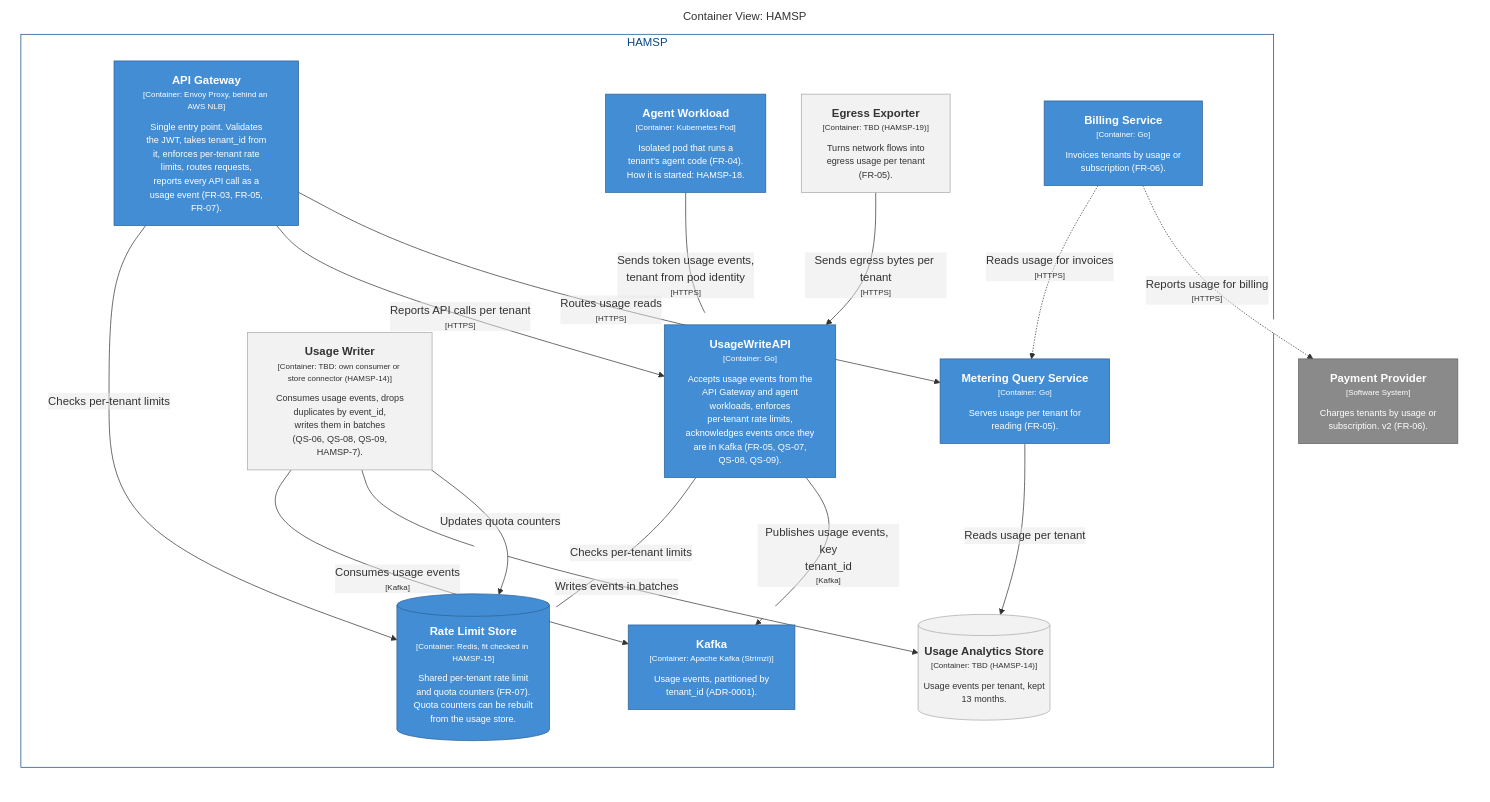
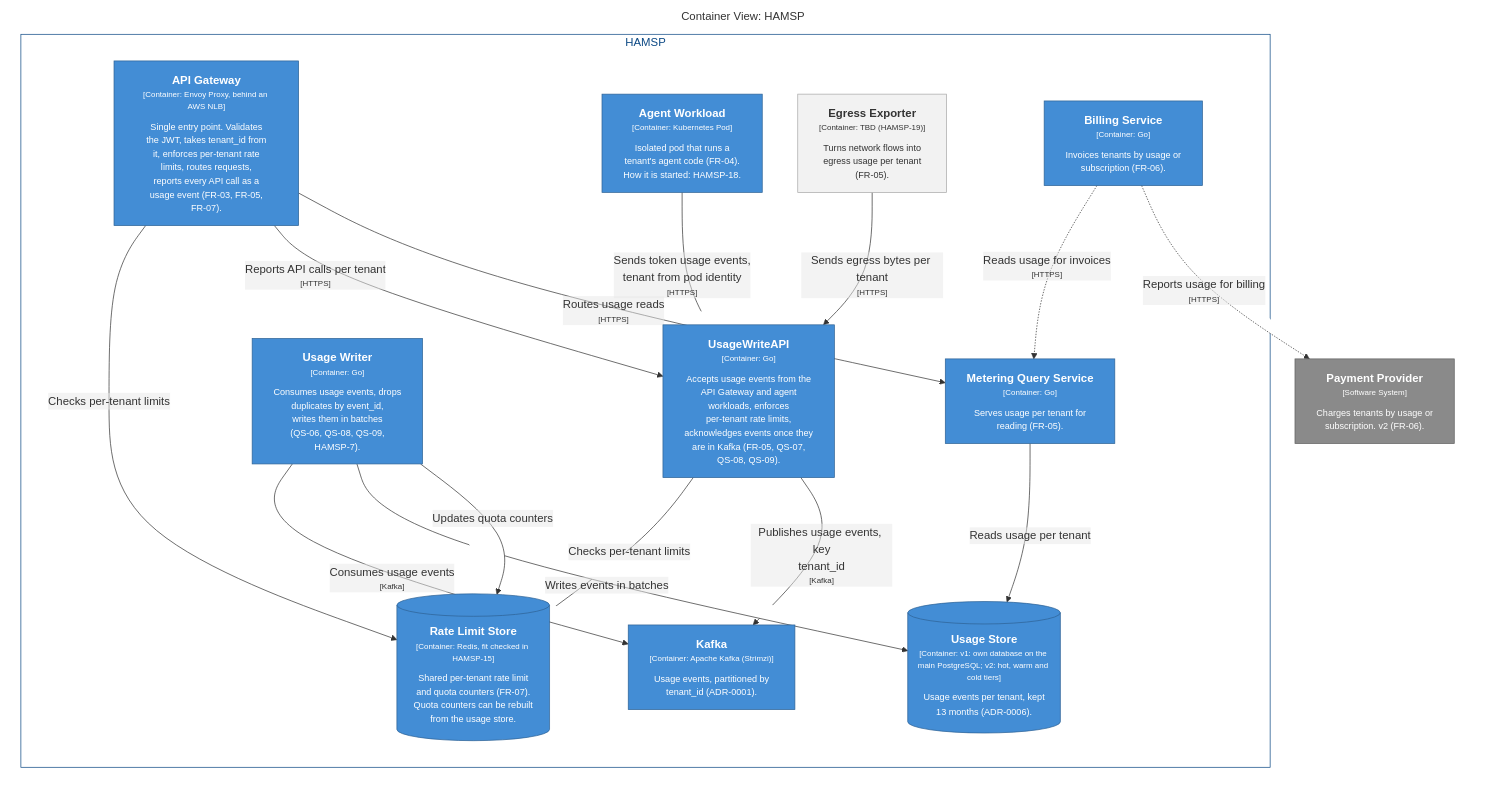
Before and after one commit to maksimillian1/ha-multitenant-saas-platform: the diagram in docs/architecture/c4/structurizr-UsagePipeline.mmd, drawn with Mermaid. The commit also changed 8 other files, not shown here.

First line of the commit message:
HAMSP-14: ADR-0006, usage store in the main PostgreSQL behind an interface

```diff
--- a/docs/architecture/c4/structurizr-UsagePipeline.mmd
+++ b/docs/architecture/c4/structurizr-UsagePipeline.mmd
@@ -1,49 +1,49 @@
 graph LR
   linkStyle default fill:#ffffff
 
   subgraph diagram ["Container View: HAMSP"]
     style diagram fill:#ffffff,stroke:#ffffff
 
     24["<div style='font-weight: bold'>Payment Provider</div><div style='font-size: 70%; margin-top: 0px'>[Software System]</div><div style='font-size: 80%; margin-top:10px'>Charges tenants by usage or<br />subscription. v2 (FR-06).</div>"]
     style 24 fill:#8a8a8a,stroke:#606060,color:#ffffff
 
     subgraph 4 ["HAMSP"]
       style 4 fill:#ffffff,stroke:#0b4884,color:#0b4884
 
       11["<div style='font-weight: bold'>Agent Workload</div><div style='font-size: 70%; margin-top: 0px'>[Container: Kubernetes Pod]</div><div style='font-size: 80%; margin-top:10px'>Isolated pod that runs a<br />tenant's agent code (FR-04).<br />How it is started: HAMSP-18.</div>"]
       style 11 fill:#438dd5,stroke:#2e6295,color:#ffffff
       12["<div style='font-weight: bold'>UsageWriteAPI</div><div style='font-size: 70%; margin-top: 0px'>[Container: Go]</div><div style='font-size: 80%; margin-top:10px'>Accepts usage events from the<br />API Gateway and agent<br />workloads, enforces<br />per-tenant rate limits,<br />acknowledges events once they<br />are in Kafka (FR-05, QS-07,<br />QS-08, QS-09).</div>"]
       style 12 fill:#438dd5,stroke:#2e6295,color:#ffffff
       13["<div style='font-weight: bold'>Egress Exporter</div><div style='font-size: 70%; margin-top: 0px'>[Container: TBD (HAMSP-19)]</div><div style='font-size: 80%; margin-top:10px'>Turns network flows into<br />egress usage per tenant<br />(FR-05).</div>"]
       style 13 fill:#f2f2f2,stroke:#a9a9a9,color:#333333
-      14["<div style='font-weight: bold'>Usage Writer</div><div style='font-size: 70%; margin-top: 0px'>[Container: TBD: own consumer or store connector (HAMSP-14)]</div><div style='font-size: 80%; margin-top:10px'>Consumes usage events, drops<br />duplicates by event_id,<br />writes them in batches<br />(QS-06, QS-08, QS-09,<br />HAMSP-7).</div>"]
-      style 14 fill:#f2f2f2,stroke:#a9a9a9,color:#333333
+      14["<div style='font-weight: bold'>Usage Writer</div><div style='font-size: 70%; margin-top: 0px'>[Container: Go]</div><div style='font-size: 80%; margin-top:10px'>Consumes usage events, drops<br />duplicates by event_id,<br />writes them in batches<br />(QS-06, QS-08, QS-09,<br />HAMSP-7).</div>"]
+      style 14 fill:#438dd5,stroke:#2e6295,color:#ffffff
       15["<div style='font-weight: bold'>Metering Query Service</div><div style='font-size: 70%; margin-top: 0px'>[Container: Go]</div><div style='font-size: 80%; margin-top:10px'>Serves usage per tenant for<br />reading (FR-05).</div>"]
       style 15 fill:#438dd5,stroke:#2e6295,color:#ffffff
       16["<div style='font-weight: bold'>Billing Service</div><div style='font-size: 70%; margin-top: 0px'>[Container: Go]</div><div style='font-size: 80%; margin-top:10px'>Invoices tenants by usage or<br />subscription (FR-06).</div>"]
       style 16 fill:#438dd5,stroke:#2e6295,color:#ffffff
       18["<div style='font-weight: bold'>Kafka</div><div style='font-size: 70%; margin-top: 0px'>[Container: Apache Kafka (Strimzi)]</div><div style='font-size: 80%; margin-top:10px'>Usage events, partitioned by<br />tenant_id (ADR-0001).</div>"]
       style 18 fill:#438dd5,stroke:#2e6295,color:#ffffff
-      19[("<div style='font-weight: bold'>Usage Analytics Store</div><div style='font-size: 70%; margin-top: 0px'>[Container: TBD (HAMSP-14)]</div><div style='font-size: 80%; margin-top:10px'>Usage events per tenant, kept<br />13 months.</div>")]
-      style 19 fill:#f2f2f2,stroke:#a9a9a9,color:#333333
+      19[("<div style='font-weight: bold'>Usage Store</div><div style='font-size: 70%; margin-top: 0px'>[Container: v1: own database on the main PostgreSQL; v2: hot, warm and cold tiers]</div><div style='font-size: 80%; margin-top:10px'>Usage events per tenant, kept<br />13 months (ADR-0006).</div>")]
+      style 19 fill:#438dd5,stroke:#2e6295,color:#ffffff
       20[("<div style='font-weight: bold'>Rate Limit Store</div><div style='font-size: 70%; margin-top: 0px'>[Container: Redis, fit checked in HAMSP-15]</div><div style='font-size: 80%; margin-top:10px'>Shared per-tenant rate limit<br />and quota counters (FR-07).<br />Quota counters can be rebuilt<br />from the usage store.</div>")]
       style 20 fill:#438dd5,stroke:#2e6295,color:#ffffff
       7["<div style='font-weight: bold'>API Gateway</div><div style='font-size: 70%; margin-top: 0px'>[Container: Envoy Proxy, behind an AWS NLB]</div><div style='font-size: 80%; margin-top:10px'>Single entry point. Validates<br />the JWT, takes tenant_id from<br />it, enforces per-tenant rate<br />limits, routes requests,<br />reports every API call as a<br />usage event (FR-03, FR-05,<br />FR-07).</div>"]
       style 7 fill:#438dd5,stroke:#2e6295,color:#ffffff
     end
 
     7-- "<div>Checks per-tenant limits</div><div style='font-size: 70%'></div>" -->20
     7-- "<div>Reports API calls per tenant</div><div style='font-size: 70%'>[HTTPS]</div>" -->12
     11-- "<div>Sends token usage events,<br />tenant from pod identity</div><div style='font-size: 70%'>[HTTPS]</div>" -->12
     13-- "<div>Sends egress bytes per tenant</div><div style='font-size: 70%'>[HTTPS]</div>" -->12
     12-- "<div>Checks per-tenant limits</div><div style='font-size: 70%'></div>" -->20
     12-- "<div>Publishes usage events, key<br />tenant_id</div><div style='font-size: 70%'>[Kafka]</div>" -->18
     14-- "<div>Consumes usage events</div><div style='font-size: 70%'>[Kafka]</div>" -->18
     14-- "<div>Writes events in batches</div><div style='font-size: 70%'></div>" -->19
     14-- "<div>Updates quota counters</div><div style='font-size: 70%'></div>" -->20
     7-- "<div>Routes usage reads</div><div style='font-size: 70%'>[HTTPS]</div>" -->15
     15-- "<div>Reads usage per tenant</div><div style='font-size: 70%'></div>" -->19
     16-. "<div>Reads usage for invoices</div><div style='font-size: 70%'>[HTTPS]</div>" .->15
     16-. "<div>Reports usage for billing</div><div style='font-size: 70%'>[HTTPS]</div>" .->24
 
   end
```
